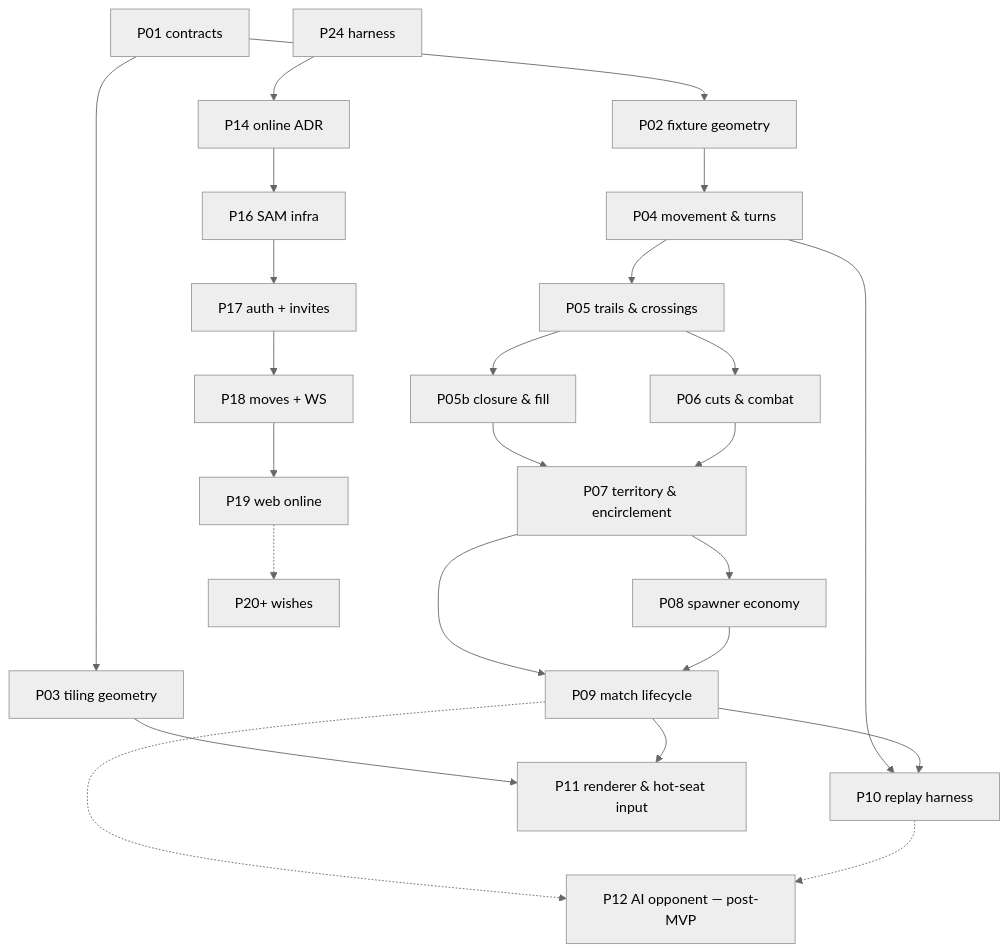
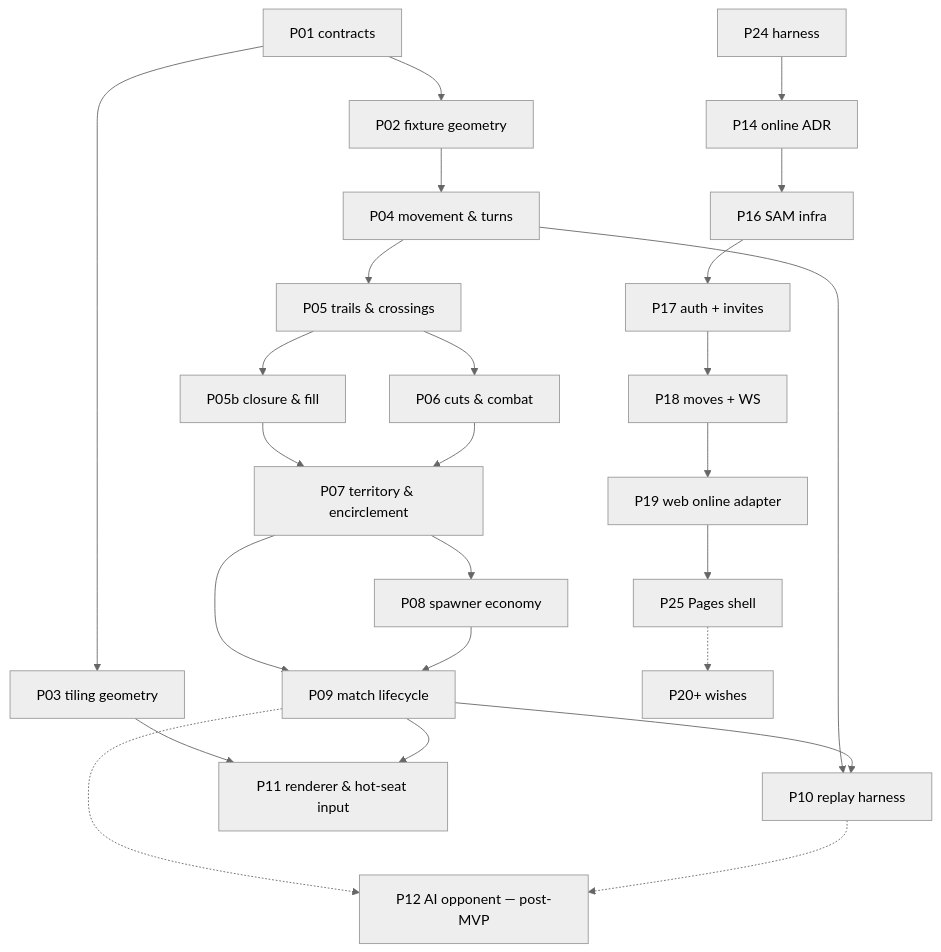
Before and after one commit to hochgi/arrows_conqueror: the diagram in docs/design/02-work-packets.md, drawn with Mermaid (neutral theme). The commit also changed other lines of this file and 47 other files, not shown here.

First line of the commit message:
feat(web): P25 Pages online shell (GIS, lobby, hash/WS host)

````diff
--- a/docs/design/02-work-packets.md
+++ b/docs/design/02-work-packets.md
@@ -59,26 +61,27 @@
 ```mermaid
 flowchart TD
   P01["P01 contracts"] --> P02["P02 fixture geometry"]
   P01 --> P03["P03 tiling geometry"]
   P02 --> P04["P04 movement & turns"]
   P04 --> P05["P05 trails & crossings"]
   P05 --> P05B["P05b closure & fill"]
   P05 --> P06["P06 cuts & combat"]
   P05B --> P07["P07 territory & encirclement"]
   P06 --> P07
   P07 --> P08["P08 spawner economy"]
   P07 --> P09["P09 match lifecycle"]
   P08 --> P09
   P04 --> P10["P10 replay harness"]
   P09 --> P10
   P03 --> P11["P11 renderer & hot-seat input"]
   P09 --> P11
   P09 -.-> P12["P12 AI opponent — post-MVP"]
   P10 -.-> P12
   P24["P24 harness"] --> P14["P14 online ADR"]
   P14 --> P16["P16 SAM infra"]
   P16 --> P17["P17 auth + invites"]
   P17 --> P18["P18 moves + WS"]
-  P18 --> P19["P19 web online"]
-  P19 -.-> P20["P20+ wishes"]
+  P18 --> P19["P19 web online adapter"]
+  P19 --> P25["P25 Pages shell"]
+  P25 -.-> P20["P20+ wishes"]
 ```
````
